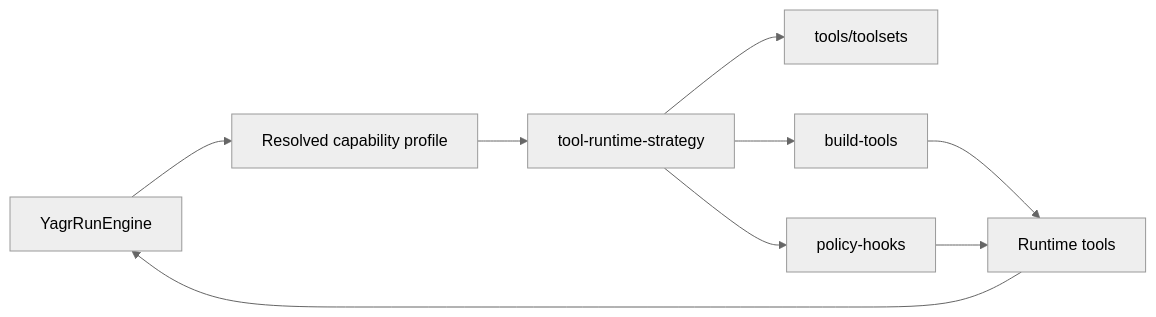
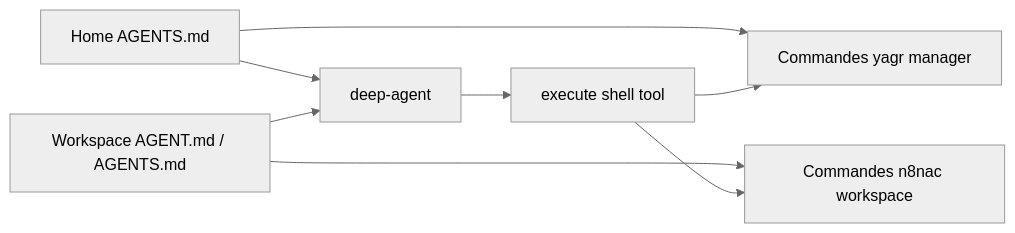
Before and after one commit to EtienneLescot/yagr: the fifth of 8 diagrams in architecture/current/runtime-flows.md, drawn with Mermaid (neutral theme). The commit also changed other lines of this file and 30 other files, not shown here.

````diff
--- a/architecture/current/runtime-flows.md
+++ b/architecture/current/runtime-flows.md
@@ -138,19 +123,17 @@
 ```mermaid
 flowchart LR
-    RUN[YagrRunEngine]
-    CAP[Resolved capability profile]
-    STRAT[tool-runtime-strategy]
-    SETS[tools/toolsets]
-    BUILD[build-tools]
-    HOOKS[policy-hooks]
-    TOOLS[Runtime tools]
+    HOME[Home AGENTS.md]
+    HCLI[Commandes yagr manager]
+    WORK[Workspace AGENT.md / AGENTS.md]
+    WCLI[Commandes n8nac workspace]
+    AGENT[deep-agent]
+    SHELL[execute shell tool]
 
-    RUN --> CAP
-    CAP --> STRAT
-    STRAT --> SETS
-    STRAT --> BUILD
-    STRAT --> HOOKS
-    BUILD --> TOOLS
-    HOOKS --> TOOLS
-    TOOLS --> RUN
+    HOME --> AGENT
+    HOME --> HCLI
+    WORK --> AGENT
+    WORK --> WCLI
+    AGENT --> SHELL
+    SHELL --> HCLI
+    SHELL --> WCLI
 ```
````
